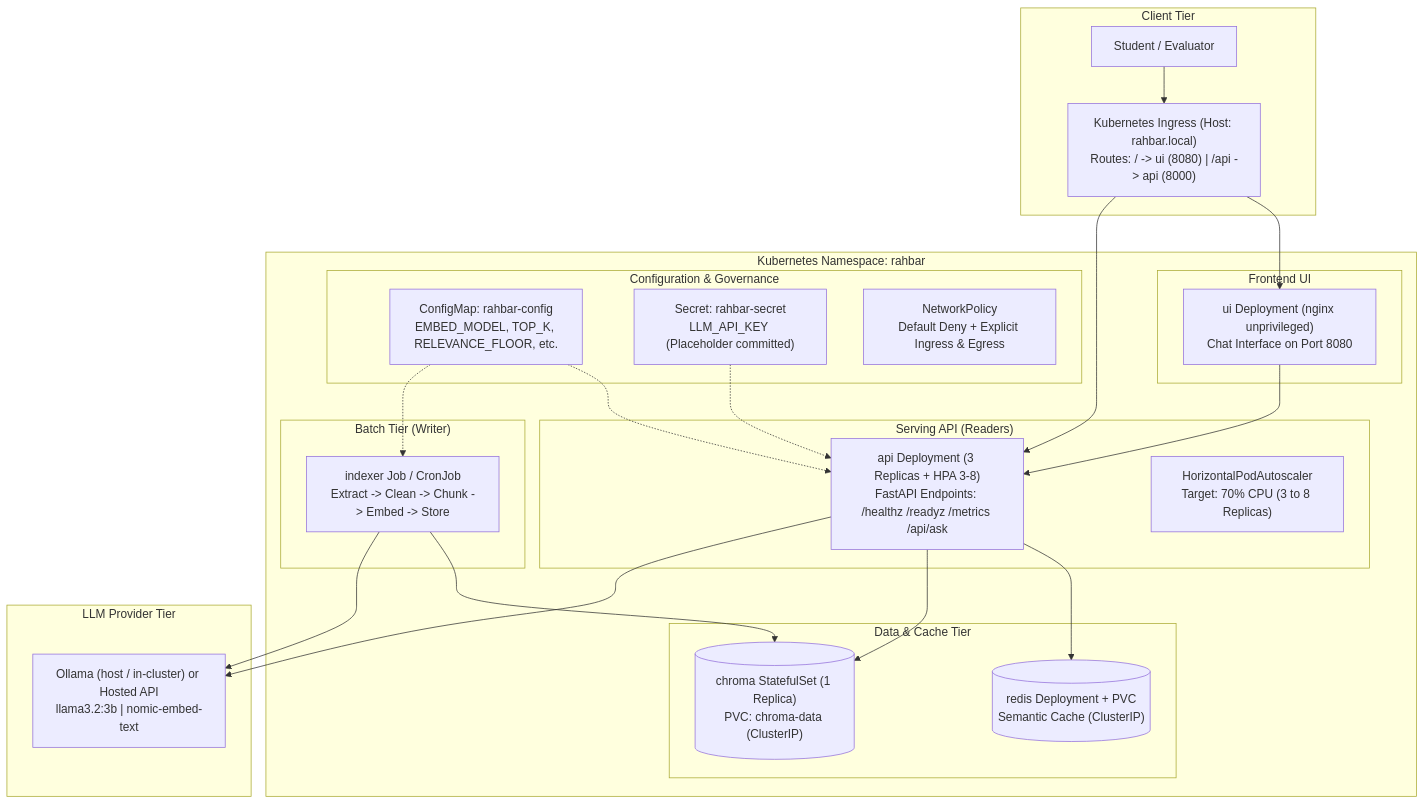
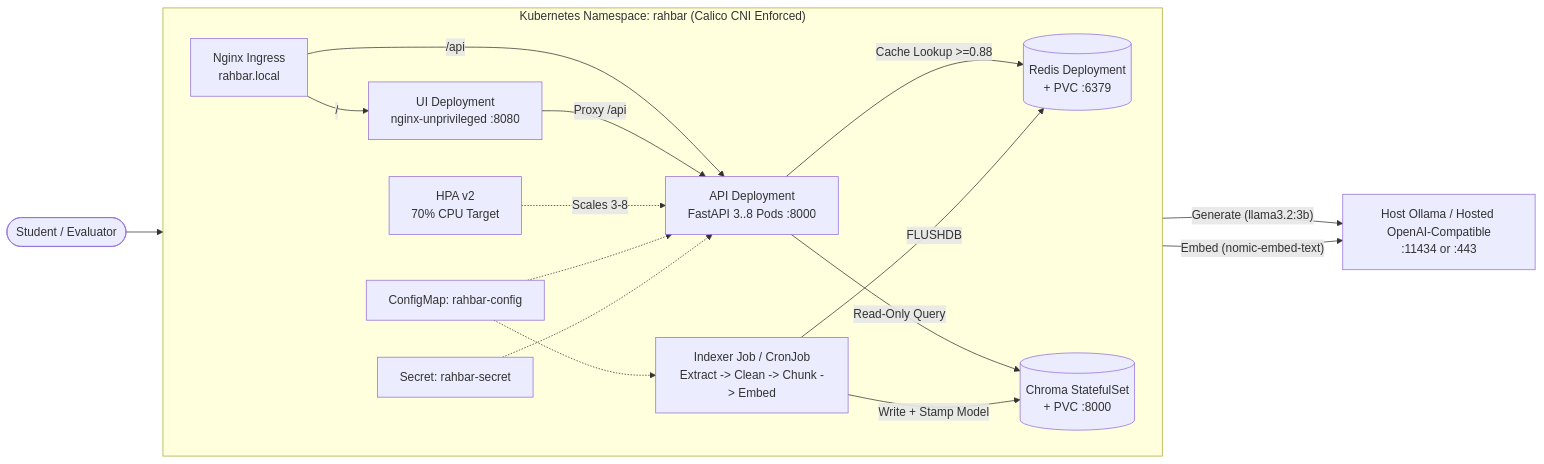
Before and after one commit to nisarahmad-31/rahbar: the diagram in README.md, drawn with Mermaid. The commit also changed other lines of this file, not shown here.

````diff
--- a/README.md
+++ b/README.md
@@ -16,50 +56,25 @@
 ```mermaid
-flowchart TD
-    subgraph Client["Client Tier"]
-        User["Student / Evaluator"]
-        Ingress["Kubernetes Ingress (Host: rahbar.local)\nRoutes: / -> ui (8080) | /api -> api (8000)"]
+flowchart LR
+    User(["Student / Evaluator"]) --> Ingress["Nginx Ingress\nrahbar.local"]
+
+    subgraph K8s["Kubernetes Namespace: rahbar (Calico CNI Enforced)"]
+        direction LR
+        Ingress -->|"/"| UI["UI Deployment\nnginx-unprivileged :8080"]
+        Ingress -->|"/api"| API["API Deployment\nFastAPI 3..8 Pods :8000"]
+        UI -->|"Proxy /api"| API
+        HPA["HPA v2\n70% CPU Target"] -.->|"Scales 3-8"| API
+
+        API -->|"Cache Lookup >=0.88"| Redis[("Redis Deployment\n+ PVC :6379")]
+        API -->|"Read-Only Query"| Chroma[("Chroma StatefulSet\n+ PVC :8000")]
+
+        Indexer["Indexer Job / CronJob\nExtract -> Clean -> Chunk -> Embed"] -->|"Write + Stamp Model"| Chroma
+        Indexer -->|"FLUSHDB"| Redis
+
+        CM["ConfigMap: rahbar-config"] -.-> API
+        CM -.-> Indexer
+        Sec["Secret: rahbar-secret"] -.-> API
     end
 
-    subgraph Cluster["Kubernetes Namespace: rahbar"]
-        subgraph FrontTier["Frontend UI"]
-            UI["ui Deployment (nginx unprivileged)\nChat Interface on Port 8080"]
-        end
-
-        subgraph APITier["Serving API (Readers)"]
-            API["api Deployment (3 Replicas + HPA 3-8)\nFastAPI Endpoints: /healthz /readyz /metrics /api/ask"]
-            HPA["HorizontalPodAutoscaler\nTarget: 70% CPU (3 to 8 Replicas)"]
-        end
-
-        subgraph DataTier["Data & Cache Tier"]
-            Chroma[("chroma StatefulSet (1 Replica)\nPVC: chroma-data (ClusterIP)")]
-            Redis[("redis Deployment + PVC\nSemantic Cache (ClusterIP)")]
-        end
-
-        subgraph BatchTier["Batch Tier (Writer)"]
-            Indexer["indexer Job / CronJob\nExtract -> Clean -> Chunk -> Embed -> Store"]
-        end
-
-        subgraph Policies["Configuration & Governance"]
-            CM["ConfigMap: rahbar-config\nEMBED_MODEL, TOP_K, RELEVANCE_FLOOR, etc."]
-            Sec["Secret: rahbar-secret\nLLM_API_KEY (Placeholder committed)"]
-            NP["NetworkPolicy\nDefault Deny + Explicit Ingress & Egress"]
-        end
-    end
-
-    subgraph LLM["LLM Provider Tier"]
-        Model["Ollama (host / in-cluster) or Hosted API\nllama3.2:3b | nomic-embed-text"]
-    end
-
-    User --> Ingress
-    Ingress --> UI
-    Ingress --> API
-    UI --> API
-    API --> Redis
-    API --> Chroma
-    API --> Model
-    Indexer --> Chroma
-    Indexer --> Model
-    CM -.-> API
-    CM -.-> Indexer
-    Sec -.-> API
+    API -->|"Generate (llama3.2:3b)"| Ollama["Host Ollama / Hosted OpenAI-Compatible\n:11434 or :443"]
+    Indexer -->|"Embed (nomic-embed-text)"| Ollama
 ```
````
